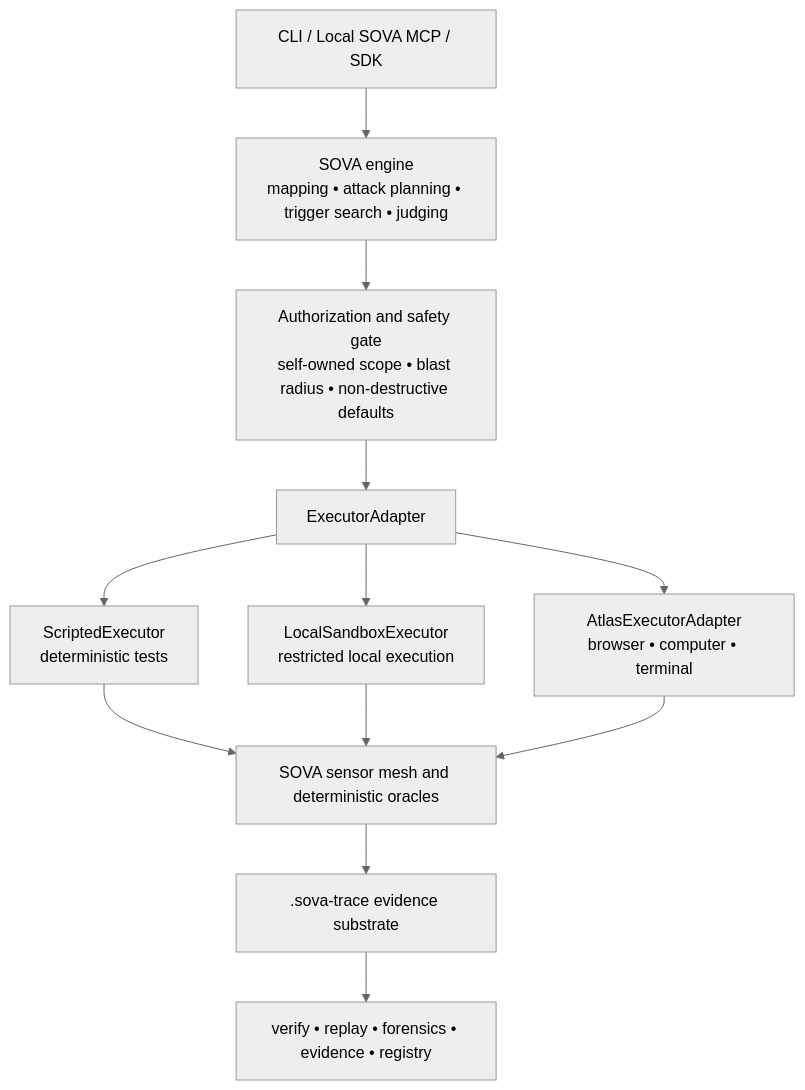
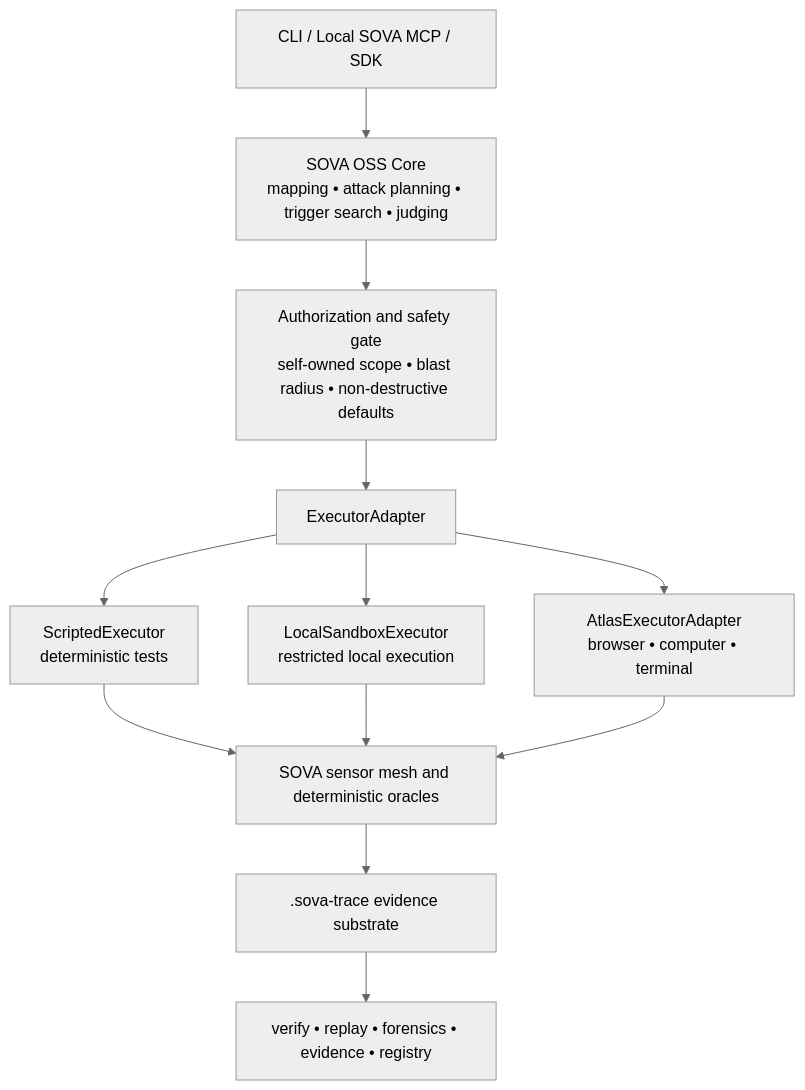
The third of 3 diagrams in README.md (Gautam-R-Patil/S.O.V.A---OSS---TRUSCOR), drawn with Mermaid (neutral theme) before and after one commit. The commit also changed other lines of this file and 7 other files, not shown here.

````diff
--- a/README.md
+++ b/README.md
@@ -251,25 +251,25 @@
 ```mermaid
 flowchart TB
     CLI["CLI / Local SOVA MCP / SDK"]
-    CORE["SOVA engine<br/>mapping • attack planning • trigger search • judging"]
+    CORE["SOVA OSS Core<br/>mapping • attack planning • trigger search • judging"]
     SAFE["Authorization and safety gate<br/>self-owned scope • blast radius • non-destructive defaults"]
     EXEC["ExecutorAdapter"]
     SCRIPT["ScriptedExecutor<br/>deterministic tests"]
     LOCAL["LocalSandboxExecutor<br/>restricted local execution"]
     ATLAS["AtlasExecutorAdapter<br/>browser • computer • terminal"]
     SENSORS["SOVA sensor mesh and deterministic oracles"]
     TRACE[".sova-trace evidence substrate"]
     OUTPUT["verify • replay • forensics • evidence • registry"]
 
     CLI --> CORE
     CORE --> SAFE
     SAFE --> EXEC
     EXEC --> SCRIPT
     EXEC --> LOCAL
     EXEC --> ATLAS
     SCRIPT --> SENSORS
     LOCAL --> SENSORS
     ATLAS --> SENSORS
     SENSORS --> TRACE
     TRACE --> OUTPUT
 ```
````
